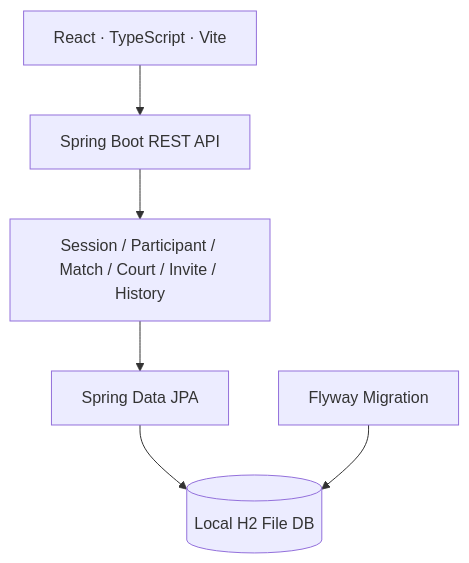
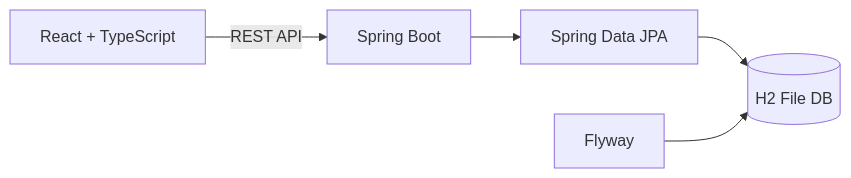
The second of 2 diagrams in README.md (Leeeyounghwan/PlayCock), drawn with Mermaid before and after one commit. The commit also changed other lines of this file, not shown here.

````diff
--- a/README.md
+++ b/README.md
@@ -37,8 +51,7 @@
 ```mermaid
-flowchart TB
- Browser[React · TypeScript · Vite] --> API[Spring Boot REST API]
- API --> Domain[Session / Participant / Match / Court / Invite / History]
- Domain --> JPA[Spring Data JPA]
- JPA --> H2[(Local H2 File DB)]
- Flyway[Flyway Migration] --> H2
+flowchart LR
+    A[React + TypeScript] -->|REST API| B[Spring Boot]
+    B --> C[Spring Data JPA]
+    C --> D[(H2 File DB)]
+    E[Flyway] --> D
 ```
````
